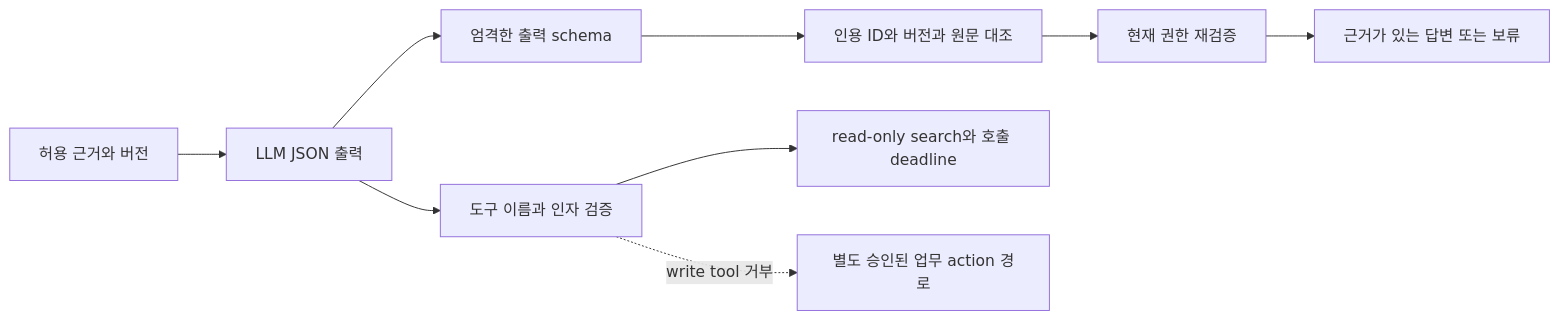
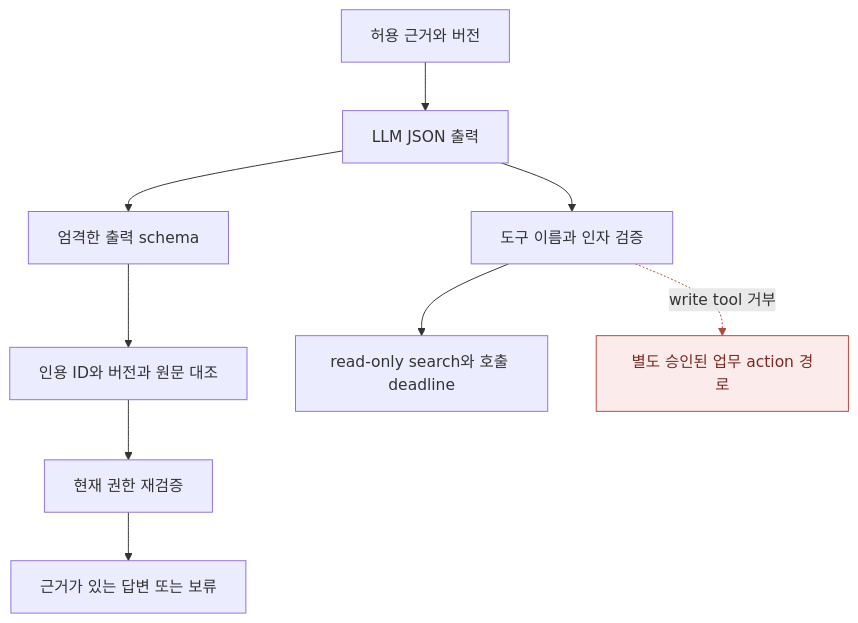
The diagram in assets/diagrams/frame-2-3.mmd (jay-jang/preparing-fde), drawn with Mermaid before and after one commit. The commit also changed 75 other files, not shown here.

```diff
--- a/assets/diagrams/frame-2-3.mmd
+++ b/assets/diagrams/frame-2-3.mmd
@@ -1,9 +1,12 @@
-flowchart LR
+flowchart TB
   E["허용 근거와 버전"] --> L["LLM JSON 출력"]
   L --> S["엄격한 출력 schema"]
   S --> C["인용 ID와 버전과 원문 대조"]
   C --> P["현재 권한 재검증"]
   P --> A["근거가 있는 답변 또는 보류"]
   L --> T["도구 이름과 인자 검증"]
   T --> R["read-only search와 호출 deadline"]
   T -. "write tool 거부" .-> D["별도 승인된 업무 action 경로"]
+  classDef fail fill:#fbeceb,stroke:#b4483c,color:#7a2a22
+  class D fail
+  linkStyle 7 stroke:#b4483c
```
